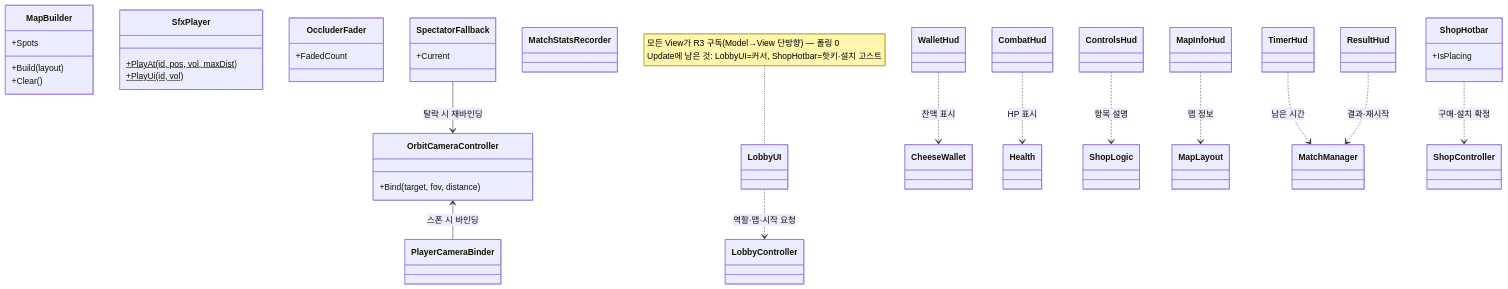
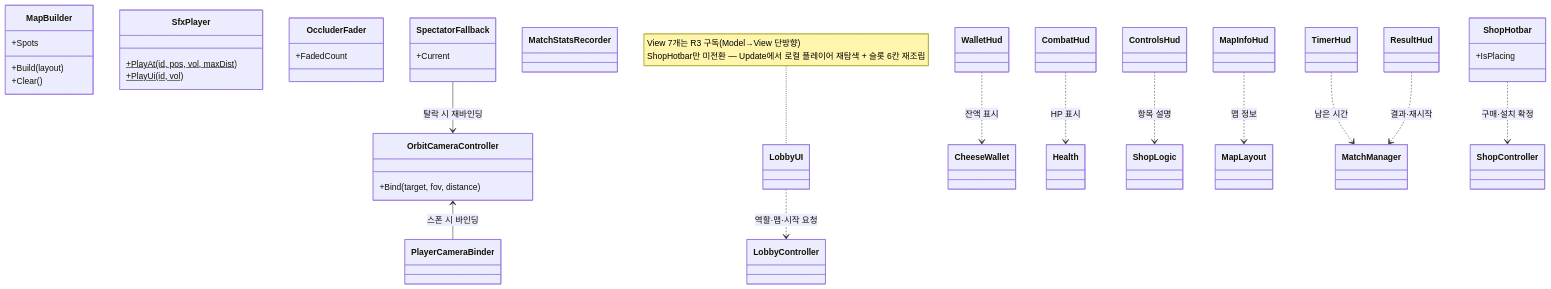
The seventh of 10 diagrams in CTC/docs/design-vault/코드 다이어그램.md (JeahanPark/The-Cheese-Thief-and-the-Cat), drawn with Mermaid before and after one commit. The commit also changed other lines of this file and 11 other files, not shown here.

````diff
--- a/CTC/docs/design-vault/코드 다이어그램.md
+++ b/CTC/docs/design-vault/코드 다이어그램.md
@@ -177,48 +177,48 @@
 ```mermaid
 classDiagram
     direction TB
 
     class MapBuilder {
         +Build(layout)
         +Clear()
         +Spots
     }
     class SfxPlayer {
         +PlayAt(id, pos, vol, maxDist)$
         +PlayUi(id, vol)$
     }
     class OccluderFader {
         +FadedCount
     }
     class SpectatorFallback {
         +Current
     }
     class MatchStatsRecorder
     class OrbitCameraController {
         +Bind(target, fov, distance)
     }
 
     class LobbyUI
     class WalletHud
     class CombatHud
     class ControlsHud
     class MapInfoHud
     class TimerHud
     class ResultHud
     class ShopHotbar {
         +IsPlacing
     }
 
     LobbyUI ..> LobbyController : 역할·맵·시작 요청
     WalletHud ..> CheeseWallet : 잔액 표시
     CombatHud ..> Health : HP 표시
     ControlsHud ..> ShopLogic : 항목 설명
     MapInfoHud ..> MapLayout : 맵 정보
     TimerHud ..> MatchManager : 남은 시간
     ResultHud ..> MatchManager : 결과·재시작
     ShopHotbar ..> ShopController : 구매·설치 확정
     OrbitCameraController <-- PlayerCameraBinder : 스폰 시 바인딩
     SpectatorFallback --> OrbitCameraController : 탈락 시 재바인딩
 
-    note for LobbyUI "모든 View가 R3 구독(Model→View 단방향) — 폴링 0<br/>Update에 남은 것: LobbyUI=커서, ShopHotbar=핫키·설치 고스트"
+    note for LobbyUI "View 7개는 R3 구독(Model→View 단방향)<br/>ShopHotbar만 미전환 — Update에서 로컬 플레이어 재탐색 + 슬롯 6칸 재조립"
 ```
````
